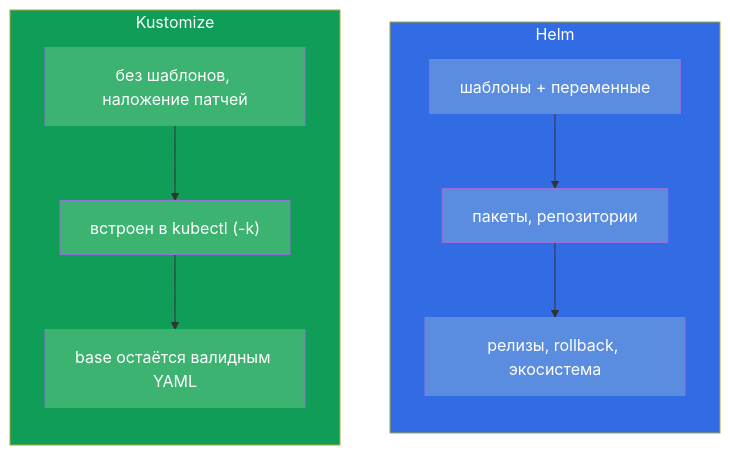
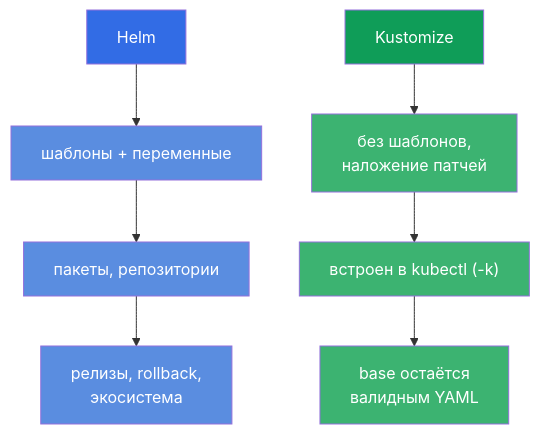
The fifth of 5 diagrams in tasks/cka/course/43/ru.md (ViktorUJ/cks), drawn with Mermaid before and after one commit. The commit also changed other lines of this file and 30 other files, not shown here.

````diff
--- a/tasks/cka/course/43/ru.md
+++ b/tasks/cka/course/43/ru.md
@@ -153,19 +155,20 @@
 ```mermaid
 flowchart TB
-    subgraph Helm["Helm"]
-        direction TB
-        h1["шаблоны + переменные"] --> h2["пакеты, репозитории"] --> h3["релизы, rollback, экосистема"]
-    end
-    subgraph Kust["Kustomize"]
-        direction TB
-        k1["без шаблонов, наложение патчей"] --> k2["встроен в kubectl (-k)"] --> k3["base остаётся валидным YAML"]
-    end
-    style Helm fill:#326ce5,color:#fff
-    style Kust fill:#0f9d58,color:#fff
+    helm["Helm"]
+    helm --> h1["шаблоны + переменные"]
+    h1 --> h2["пакеты, репозитории"]
+    h2 --> h3["релизы, rollback,<br>экосистема"]
+
+    kust["Kustomize"]
+    kust --> k1["без шаблонов,<br>наложение патчей"]
+    k1 --> k2["встроен в kubectl (-k)"]
+    k2 --> k3["base остаётся<br>валидным YAML"]
+    style helm fill:#326ce5,color:#fff
+    style kust fill:#0f9d58,color:#fff
     style h1 fill:#5a8de0,color:#fff
     style h2 fill:#5a8de0,color:#fff
     style h3 fill:#5a8de0,color:#fff
     style k1 fill:#3cb371,color:#fff
     style k2 fill:#3cb371,color:#fff
     style k3 fill:#3cb371,color:#fff
 ```
````
